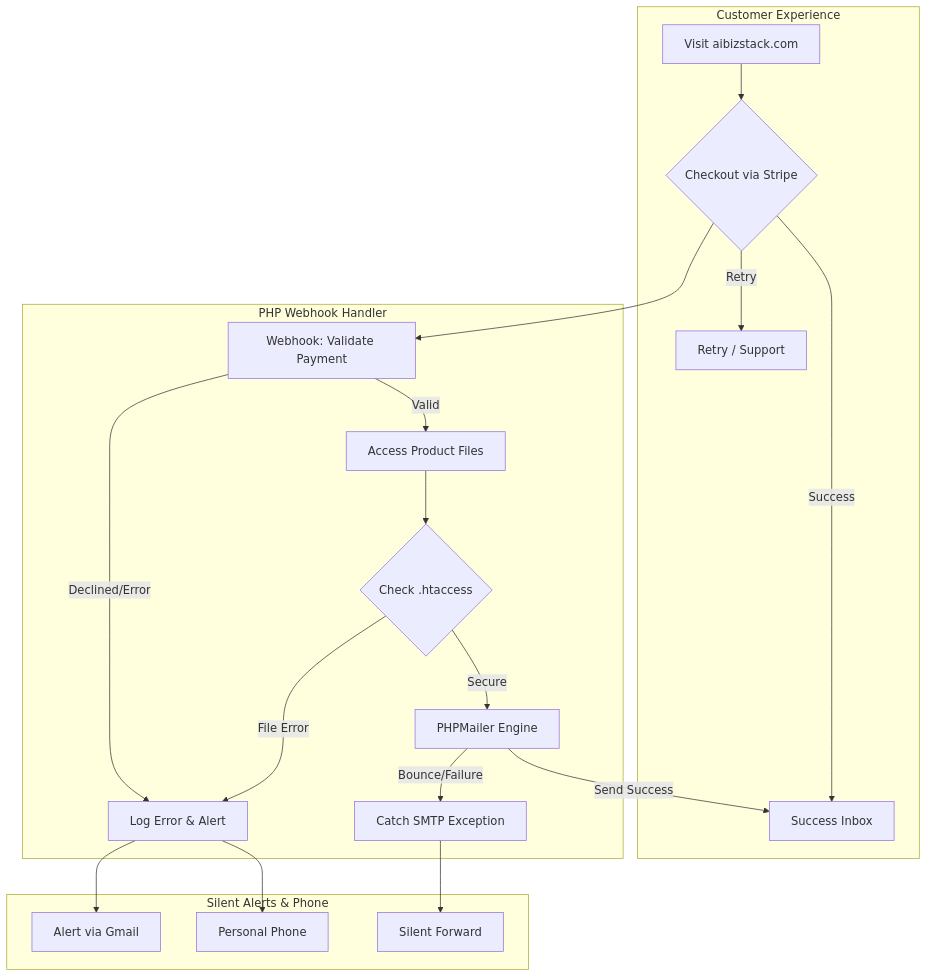
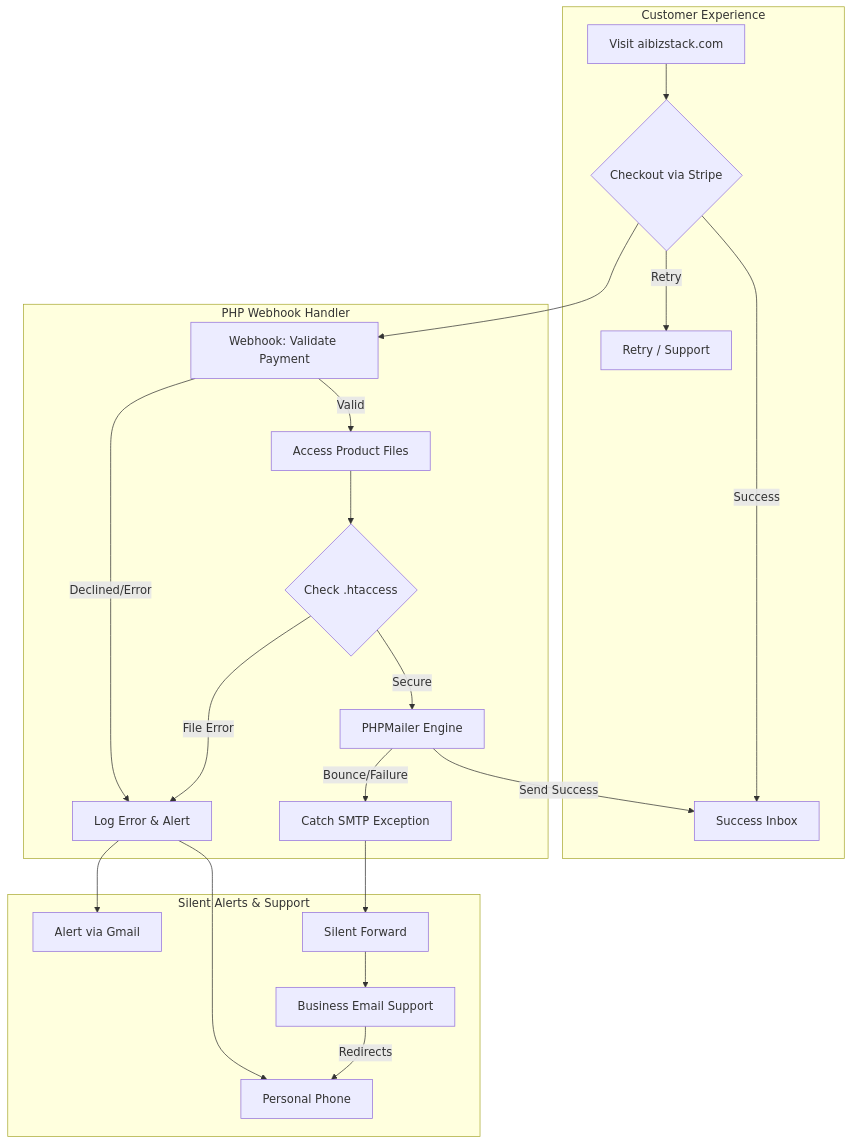
Before and after one commit to dougfret-sudo/AIBizstack-system-: the diagram in README.md, drawn with Mermaid.

````diff
--- a/README.md
+++ b/README.md
@@ -1,27 +1,29 @@
 ```mermaid
 graph TD
   subgraph Customer_Side [Customer Experience]
         A[Visit aibizstack.com] --> B{Checkout via Stripe}
         B -- Success --> C[Success Inbox]
         B -- Retry --> D[Retry / Support]
     end
 
     subgraph Logic_Layer [PHP Webhook Handler]
         B --> E[Webhook: Validate Payment]
         E -- Valid --> F[Access Product Files]
         E -- Declined/Error --> G[Log Error & Alert]
         
         F --> H{Check .htaccess}
         H -- Secure --> I[PHPMailer Engine]
         H -- File Error --> G
         
         I -- Send Success --> C
         I -- Bounce/Failure --> J[Catch SMTP Exception]
     end
 
-    subgraph Monitoring_Layer [Silent Alerts & Phone]
+    subgraph Monitoring_Layer [Silent Alerts & Support]
         G --> K[Alert via Gmail]
         G --> L[Personal Phone]
         J --> M[Silent Forward]
+        M --> N[Business Email Support]
+        N -- Redirects --> L
     end
 ```
````
